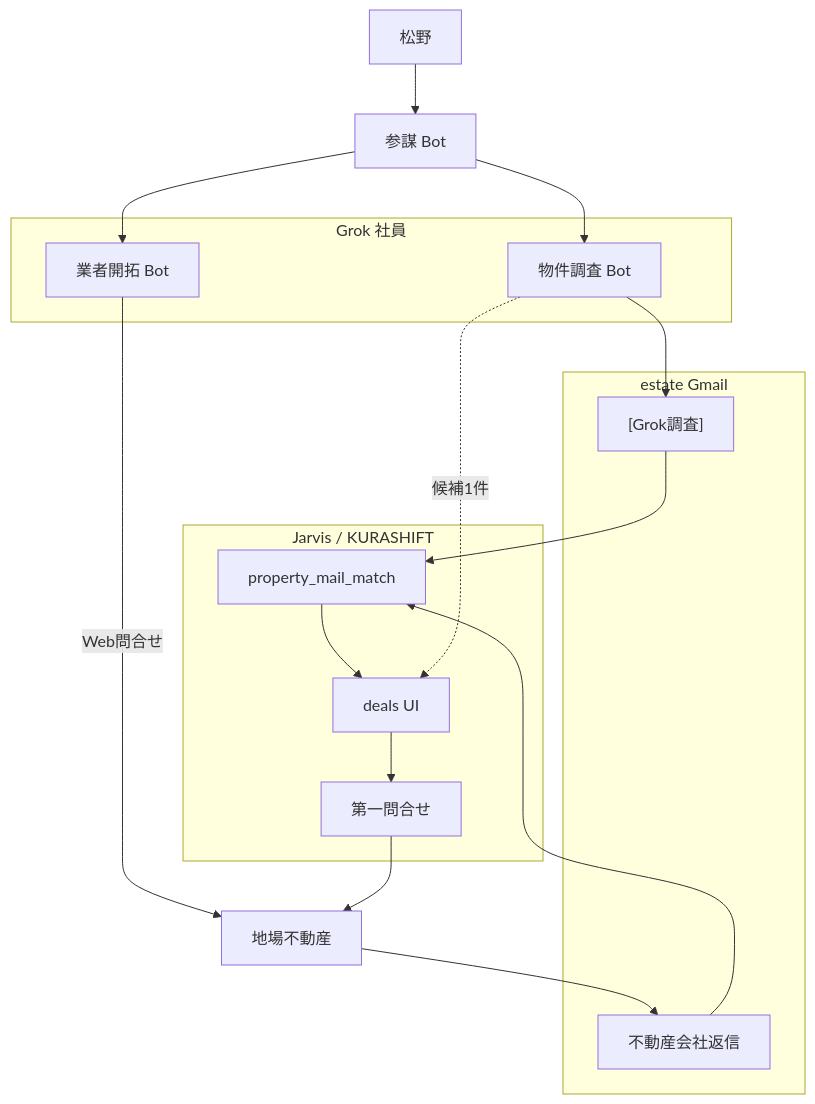
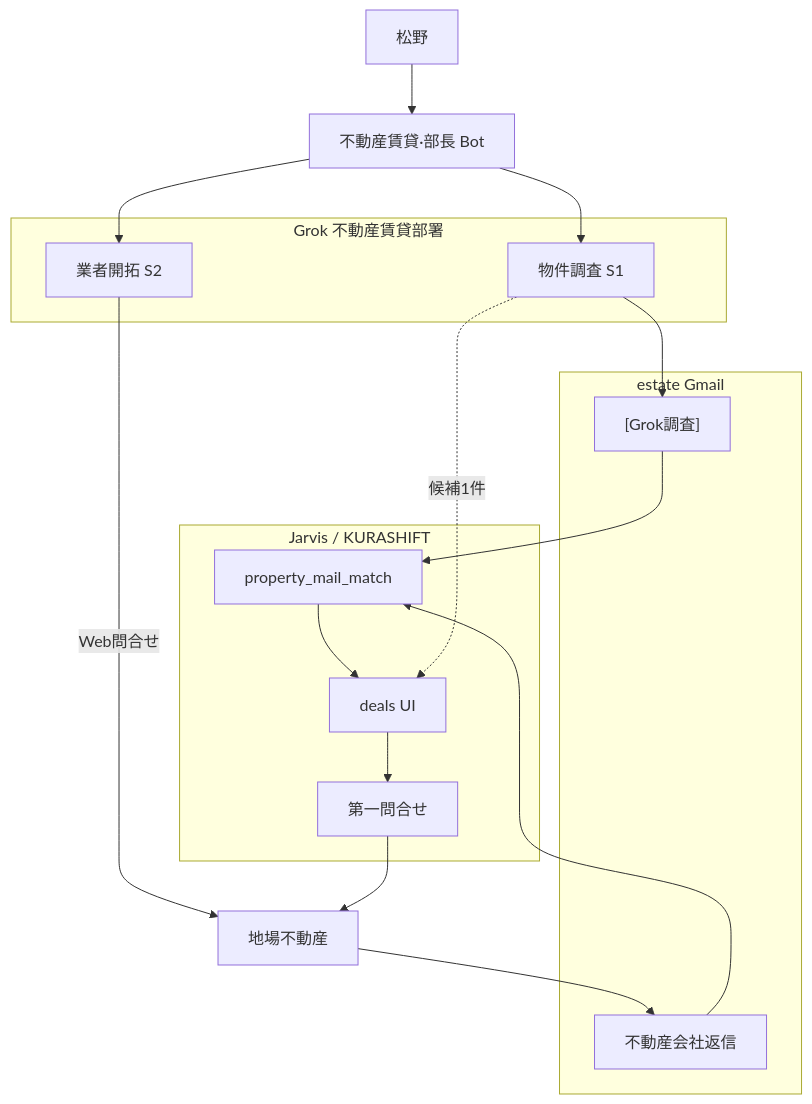
One commit to m19mhrts83-cyber/project-GE changed the first of 2 diagrams in docs/KURASHIFT_GrokBot_不動産パイプライン.md. Above: the diagram before and after it, drawn with Mermaid. The commit also changed other lines of this file and 6 other files, not shown here.

````diff
--- a/docs/KURASHIFT_GrokBot_不動産パイプライン.md
+++ b/docs/KURASHIFT_GrokBot_不動産パイプライン.md
@@ -7,30 +7,30 @@
 ```mermaid
 flowchart TB
   user[松野]
-  sanbo[参謀 Bot]
-  subgraph grok [Grok 社員]
-    bot1[物件調査 Bot]
-    bot2[業者開拓 Bot]
+  bucho[不動産賃貸·部長 Bot]
+  subgraph dept [Grok 不動産賃貸部署]
+    bot1[物件調査 S1]
+    bot2[業者開拓 S2]
   end
-  user --> sanbo
-  sanbo --> bot1
-  sanbo --> bot2
+  user --> bucho
+  bucho --> bot1
+  bucho --> bot2
   subgraph mail [estate Gmail]
     grokMail["[Grok調査]"]
     vendorReply[不動産会社返信]
   end
   subgraph jarvis [Jarvis / KURASHIFT]
     match[property_mail_match]
     deals[deals UI]
     inquiry[第一問合せ]
   end
   bot2 -->|Web問合せ| vendors[地場不動産]
   vendors --> vendorReply
   bot1 --> grokMail
   grokMail --> match
   vendorReply --> match
   match --> deals
   deals --> inquiry
   inquiry --> vendors
   bot1 -.->|候補1件| deals
 ```
````
